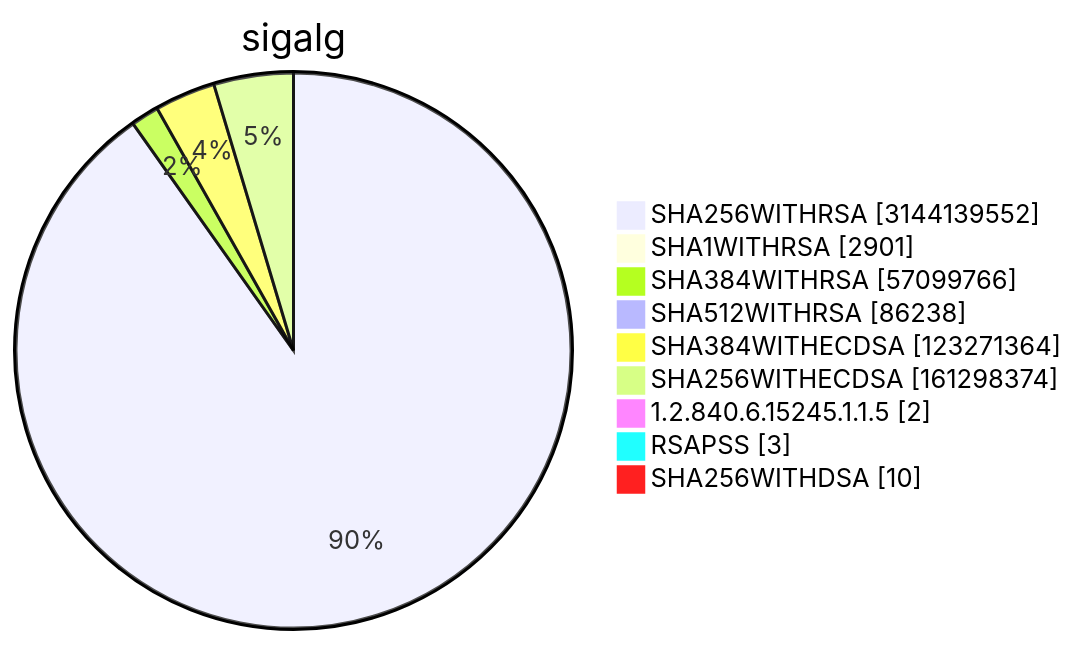
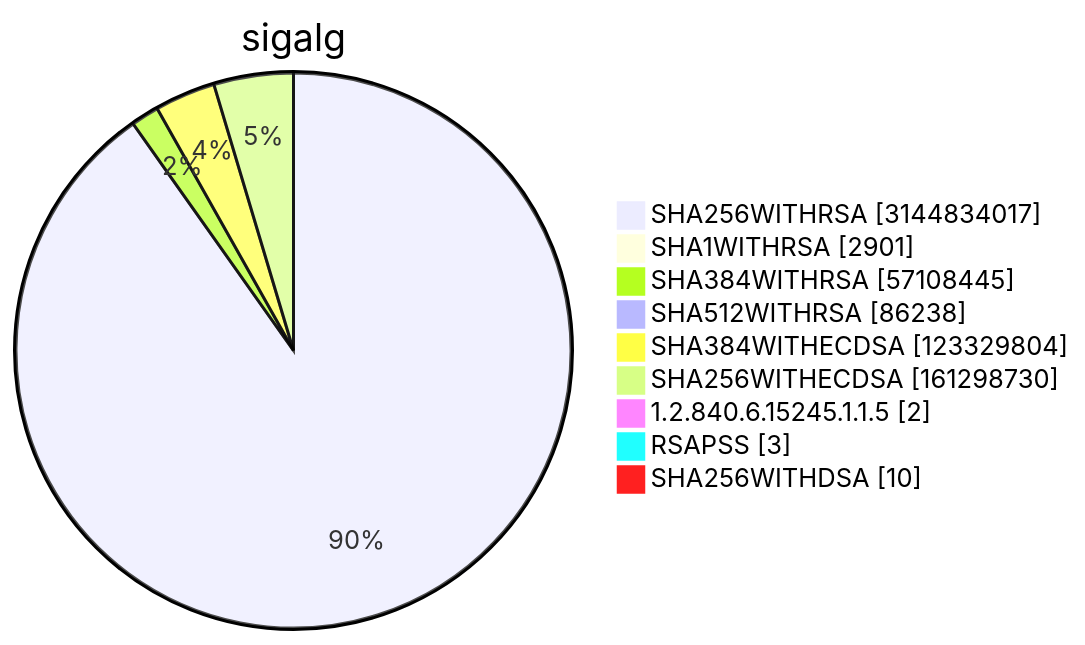
Before and after one commit to christiankrug/ctmonitor_visualization: diagram 15 of 15 in TOTAL/README.md, drawn with Mermaid. The commit also changed other lines of this file, not shown here.

````diff
--- a/TOTAL/README.md
+++ b/TOTAL/README.md
@@ -6213,13 +6213,13 @@
 ```mermaid
 pie showData
 title sigalg
-"SHA256WITHRSA" :3144139552
+"SHA256WITHRSA" :3144834017
 "SHA1WITHRSA" :2901
-"SHA384WITHRSA" :57099766
+"SHA384WITHRSA" :57108445
 "SHA512WITHRSA" :86238
-"SHA384WITHECDSA" :123271364
-"SHA256WITHECDSA" :161298374
+"SHA384WITHECDSA" :123329804
+"SHA256WITHECDSA" :161298730
 "1.2.840.6.15245.1.1.5" :2
 "RSAPSS" :3
 "SHA256WITHDSA" :10
 ```
````
